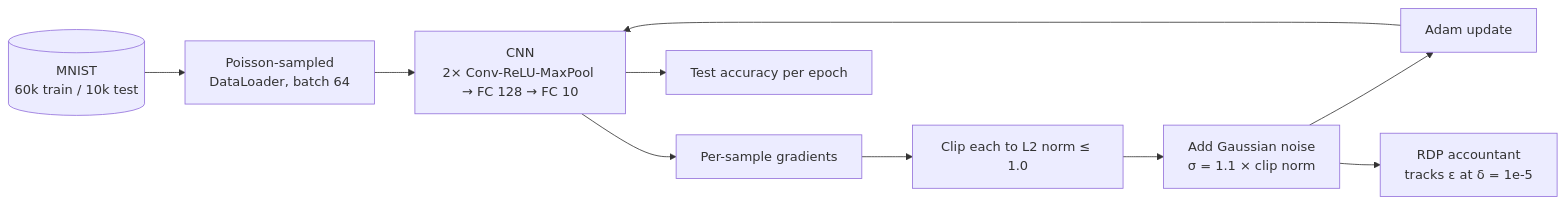
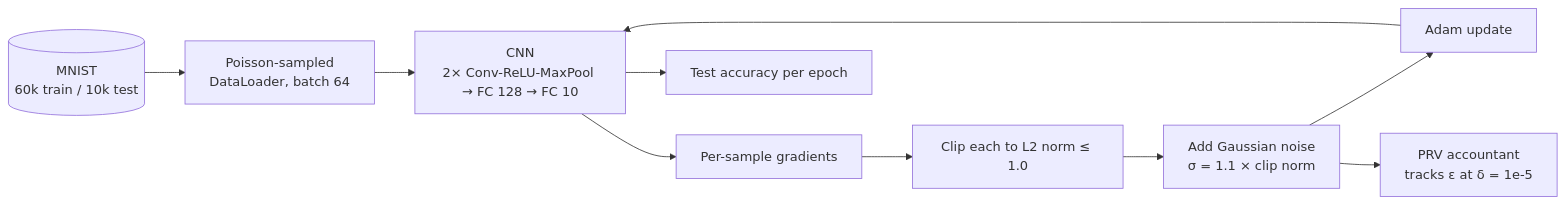
Before and after one commit to Poojitha220403/dp-sgd-mnist-opacus: the diagram in README.md, drawn with Mermaid. The commit also changed other lines of this file and 8 other files, not shown here.

````diff
--- a/README.md
+++ b/README.md
@@ -15,12 +16,12 @@
 ```mermaid
 flowchart LR
     D[(MNIST<br/>60k train / 10k test)] --> L[Poisson-sampled<br/>DataLoader, batch 64]
     L --> M[CNN<br/>2× Conv-ReLU-MaxPool → FC 128 → FC 10]
     M --> G[Per-sample gradients]
     G --> C[Clip each to L2 norm ≤ 1.0]
     C --> N[Add Gaussian noise<br/>σ = 1.1 × clip norm]
     N --> O[Adam update]
     O --> M
-    N --> A[RDP accountant<br/>tracks ε at δ = 1e-5]
+    N --> A[PRV accountant<br/>tracks ε at δ = 1e-5]
     M --> T[Test accuracy per epoch]
 ```
````
